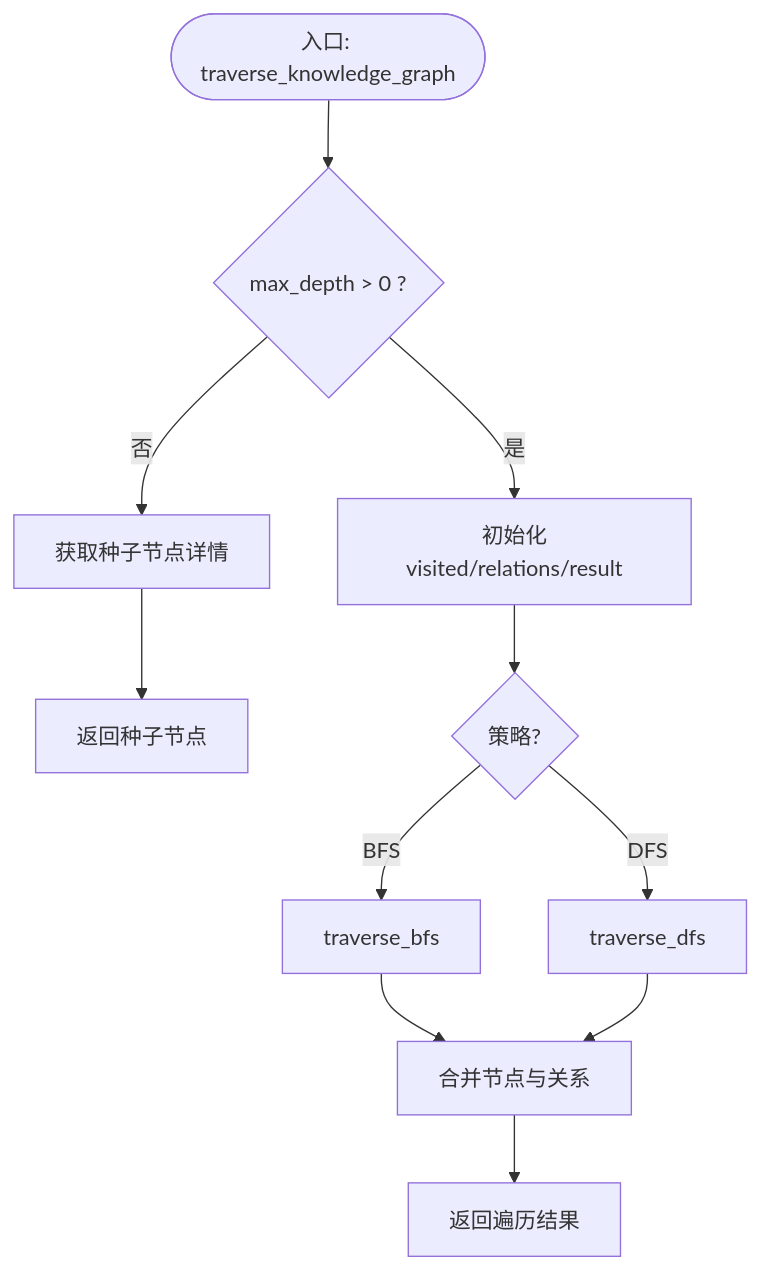
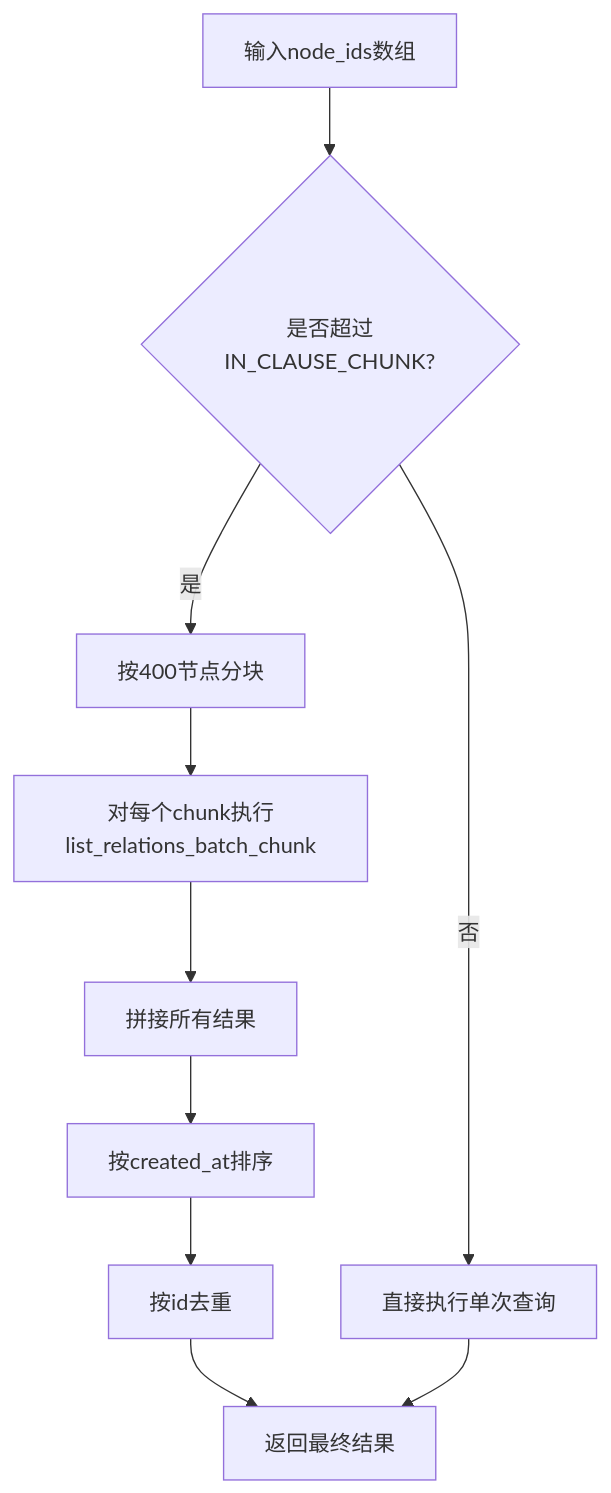
One commit to runningcoders/ai_orz changed the sixth of 7 diagrams in .qoder/repowiki/zh/content/项目概述/核心功能特性/四层记忆系统/长期记忆 (Long-term Memory)/知识关系管理.md. Above: the diagram before and after it, drawn with Mermaid. The commit also changed other lines of this file and 5 other files, not shown here.

````diff
--- a/.qoder/repowiki/zh/content/项目概述/核心功能特性/四层记忆系统/长期记忆 (Long-term Memory)/知识关系管理.md
+++ b/.qoder/repowiki/zh/content/项目概述/核心功能特性/四层记忆系统/长期记忆 (Long-term Memory)/知识关系管理.md
@@ -191,13 +267,12 @@
 ```mermaid
 flowchart TD
-S(["入口: traverse_knowledge_graph"]) --> CheckDepth{"max_depth > 0 ?"}
-CheckDepth -- 否 --> FetchSeed["获取种子节点详情"]
-FetchSeed --> R1["返回种子节点"]
-CheckDepth -- 是 --> Init["初始化visited/relations/result"]
-Init --> Strategy{"策略?"}
-Strategy -- BFS --> BFSRun["traverse_bfs"]
-Strategy -- DFS --> DFSRun["traverse_dfs"]
-BFSRun --> Merge["合并节点与关系"]
-DFSRun --> Merge
-Merge --> R2["返回遍历结果"]
+A["输入node_ids数组"] --> B{"是否超过IN_CLAUSE_CHUNK?"}
+B -- 否 --> C["直接执行单次查询"]
+B -- 是 --> D["按400节点分块"]
+D --> E["对每个chunk执行list_relations_batch_chunk"]
+E --> F["拼接所有结果"]
+F --> G["按created_at排序"]
+G --> H["按id去重"]
+H --> I["返回最终结果"]
+C --> I
 ```
````
